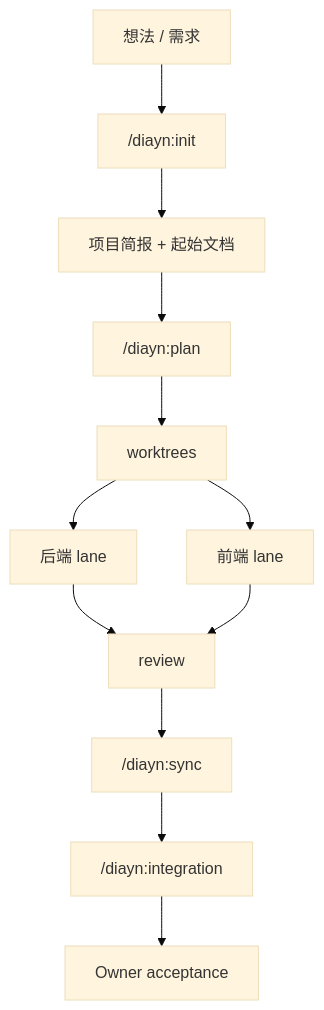
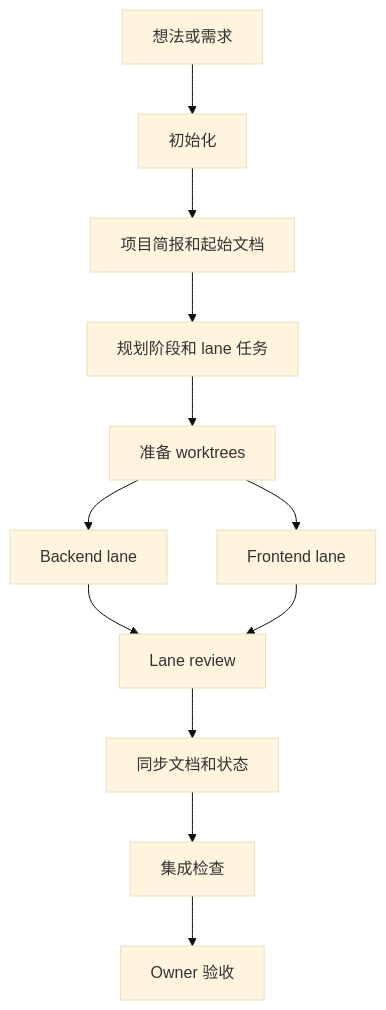
One commit to ice268528/Docs-is-all-you-need changed the first of 2 diagrams in README.zh-CN.md. Above: the diagram before and after it, drawn with Mermaid (base theme). The commit also changed other lines of this file and 386 other files, not shown here.

````diff
--- a/README.zh-CN.md
+++ b/README.zh-CN.md
@@ -58,14 +74,14 @@
 ```mermaid
 flowchart TD
-  A["想法 / 需求"] --> B["/diayn:init"]
-  B --> C["项目简报 + 起始文档"]
-  C --> D["/diayn:plan"]
-  D --> E["worktrees"]
-  E --> F["后端 lane"]
-  E --> G["前端 lane"]
-  F --> H["review"]
+  A["想法或需求"] --> B["初始化"]
+  B --> C["项目简报和起始文档"]
+  C --> D["规划阶段和 lane 任务"]
+  D --> E["准备 worktrees"]
+  E --> F["Backend lane"]
+  E --> G["Frontend lane"]
+  F --> H["Lane review"]
   G --> H
-  H --> I["/diayn:sync"]
-  I --> J["/diayn:integration"]
-  J --> K["Owner acceptance"]
+  H --> I["同步文档和状态"]
+  I --> J["集成检查"]
+  J --> K["Owner 验收"]
 ```
````
